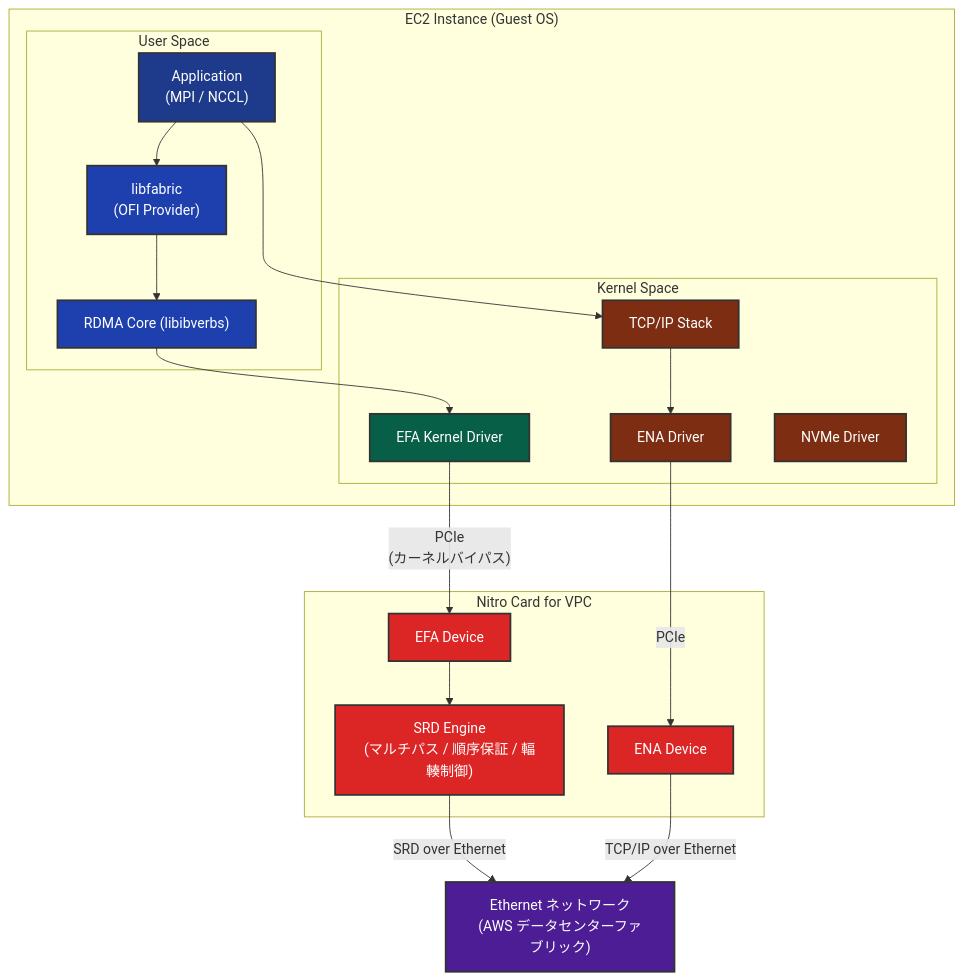
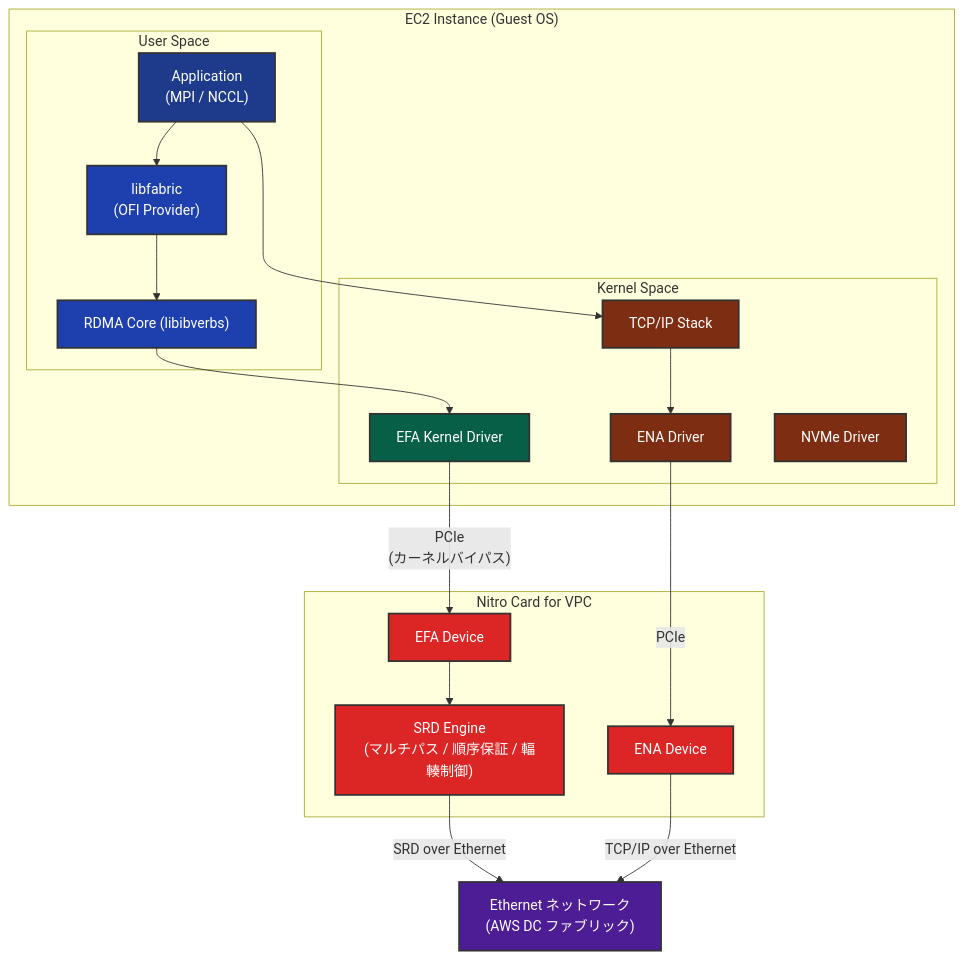
Before and after one commit to littlemex/zenn: the fourth of 11 diagrams in articles/0eeb53ca63f8b2.md, drawn with Mermaid. The commit also changed other lines of this file, not shown here.

````diff
--- a/articles/0eeb53ca63f8b2.md
+++ b/articles/0eeb53ca63f8b2.md
@@ -435,47 +425,47 @@
 ```mermaid
 graph TB
     subgraph "EC2 Instance (Guest OS)"
         subgraph "User Space"
             APP["Application<br/>(MPI / NCCL)"]
             LF["libfabric<br/>(OFI Provider)"]
             RDMA_CORE["RDMA Core (libibverbs)"]
         end
         subgraph "Kernel Space"
             EFA_DRV["EFA Kernel Driver"]
             TCP["TCP/IP Stack"]
             ENA_DRV["ENA Driver"]
             NVME_DRV["NVMe Driver"]
         end
     end
 
     subgraph "Nitro Card for VPC"
         EFA_DEV["EFA Device"]
         SRD_ENGINE["SRD Engine<br/>(マルチパス / 順序保証 / 輻輳制御)"]
         ENA_DEV["ENA Device"]
     end
 
-    ETH["Ethernet ネットワーク<br/>(AWS データセンターファブリック)"]
+    ETH["Ethernet ネットワーク<br/>(AWS DC ファブリック)"]
 
     APP --> LF
     LF --> RDMA_CORE
     RDMA_CORE --> EFA_DRV
     APP --> TCP
     TCP --> ENA_DRV
     EFA_DRV -->|"PCIe<br/>(カーネルバイパス)"| EFA_DEV
     ENA_DRV -->|"PCIe"| ENA_DEV
     EFA_DEV --> SRD_ENGINE
     SRD_ENGINE -->|"SRD over Ethernet"| ETH
     ENA_DEV -->|"TCP/IP over Ethernet"| ETH
 
     style APP fill: #1e3a8a,stroke: #333,stroke-width:2px,color: #fff
     style LF fill: #1e40af,stroke: #333,stroke-width:2px,color: #fff
     style RDMA_CORE fill: #1e40af,stroke: #333,stroke-width:2px,color: #fff
     style EFA_DRV fill: #065f46,stroke: #333,stroke-width:2px,color: #fff
     style TCP fill: #7c2d12,stroke: #333,stroke-width:2px,color: #fff
     style ENA_DRV fill: #7c2d12,stroke: #333,stroke-width:2px,color: #fff
     style NVME_DRV fill: #7c2d12,stroke: #333,stroke-width:2px,color: #fff
     style EFA_DEV fill: #dc2626,stroke: #333,stroke-width:2px,color: #fff
     style SRD_ENGINE fill: #dc2626,stroke: #333,stroke-width:2px,color: #fff
     style ENA_DEV fill: #dc2626,stroke: #333,stroke-width:2px,color: #fff
     style ETH fill: #4c1d95,stroke: #333,stroke-width:2px,color: #fff
 ```
````
